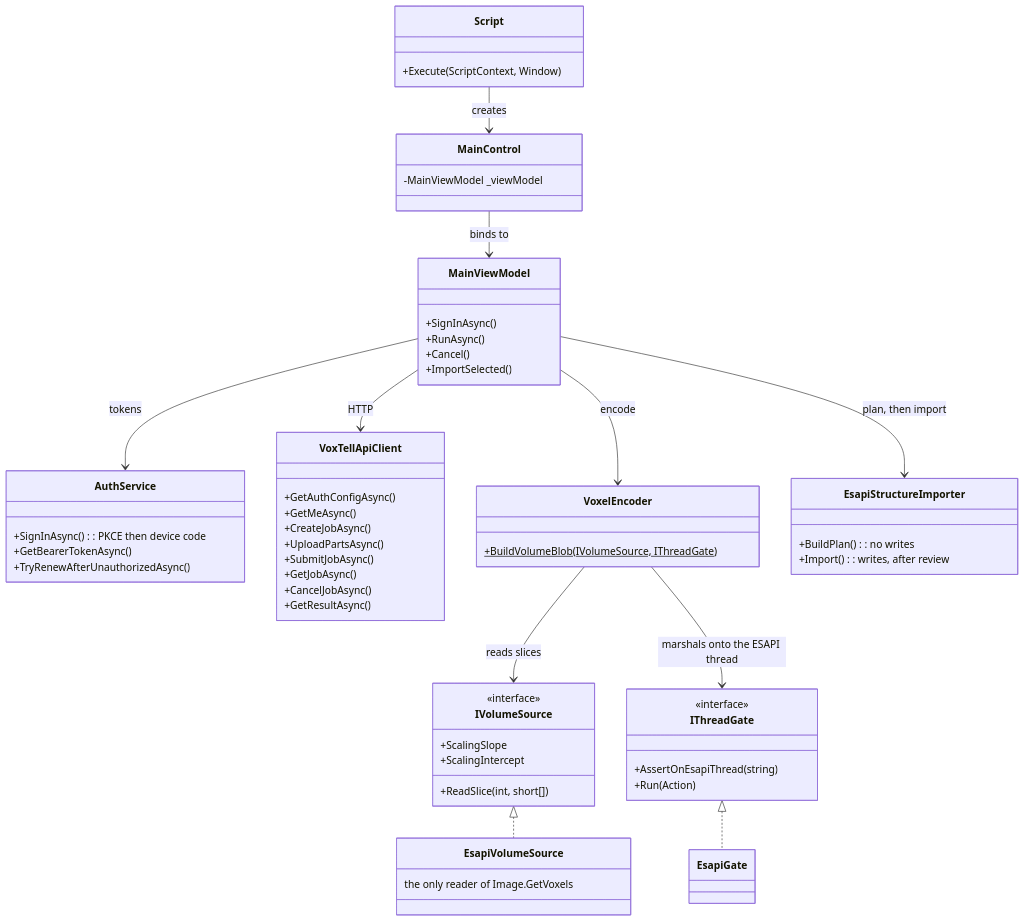
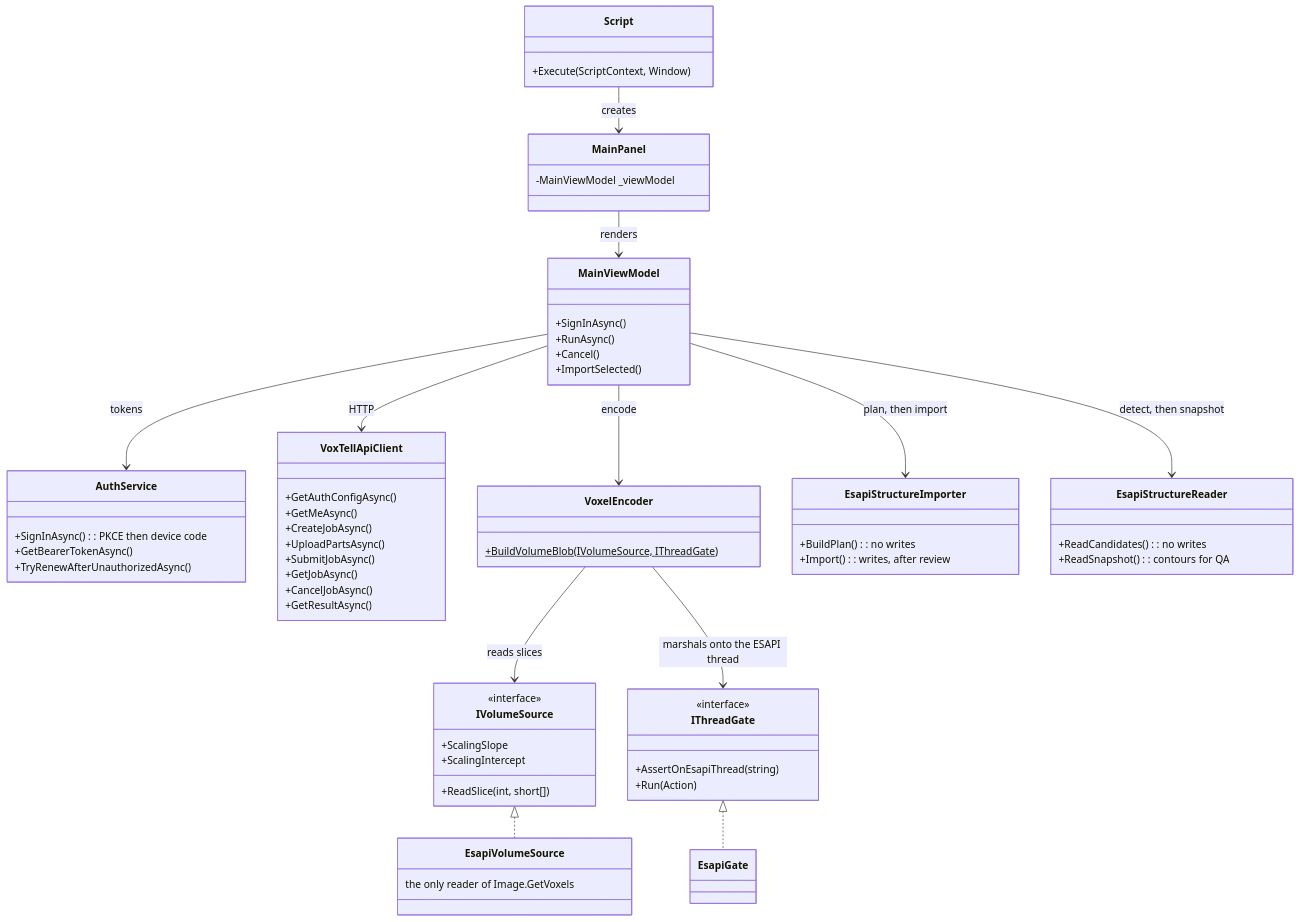
One commit to gomesgustavoo/VoxTell-ESAPI changed the diagram in voxtell-esapi-client/README.md. Above: the diagram before and after it, drawn with Mermaid. The commit also changed other lines of this file and 33 other files, not shown here.

````diff
--- a/voxtell-esapi-client/README.md
+++ b/voxtell-esapi-client/README.md
@@ -143,62 +146,67 @@
 ```mermaid
 classDiagram
     class Script {
         +Execute(ScriptContext, Window)
     }
     class MainViewModel {
         +SignInAsync()
         +RunAsync()
         +Cancel()
         +ImportSelected()
     }
     class AuthService {
         +SignInAsync() : PKCE then device code
         +GetBearerTokenAsync()
         +TryRenewAfterUnauthorizedAsync()
     }
     class VoxTellApiClient {
         +GetAuthConfigAsync()
         +GetMeAsync()
         +CreateJobAsync()
         +UploadPartsAsync()
         +SubmitJobAsync()
         +GetJobAsync()
         +CancelJobAsync()
         +GetResultAsync()
     }
     class VoxelEncoder {
         +BuildVolumeBlob(IVolumeSource, IThreadGate)$
     }
     class IVolumeSource {
         <<interface>>
         +ReadSlice(int, short[])
         +ScalingSlope
         +ScalingIntercept
     }
     class EsapiVolumeSource {
         the only reader of Image.GetVoxels
     }
     class IThreadGate {
         <<interface>>
         +AssertOnEsapiThread(string)
         +Run(Action)
     }
     class EsapiStructureImporter {
         +BuildPlan() : no writes
         +Import() : writes, after review
     }
-    class MainControl {
+    class EsapiStructureReader {
+        +ReadCandidates() : no writes
+        +ReadSnapshot() : contours for QA
+    }
+    class MainPanel {
         -MainViewModel _viewModel
     }
 
-    Script --> MainControl : creates
-    MainControl --> MainViewModel : binds to
+    Script --> MainPanel : creates
+    MainPanel --> MainViewModel : renders
     MainViewModel --> AuthService : tokens
     MainViewModel --> VoxTellApiClient : HTTP
     MainViewModel --> VoxelEncoder : encode
     MainViewModel --> EsapiStructureImporter : plan, then import
+    MainViewModel --> EsapiStructureReader : detect, then snapshot
     VoxelEncoder --> IVolumeSource : reads slices
     VoxelEncoder --> IThreadGate : marshals onto the ESAPI thread
     IVolumeSource <|.. EsapiVolumeSource
     IThreadGate <|.. EsapiGate
 ```
````
